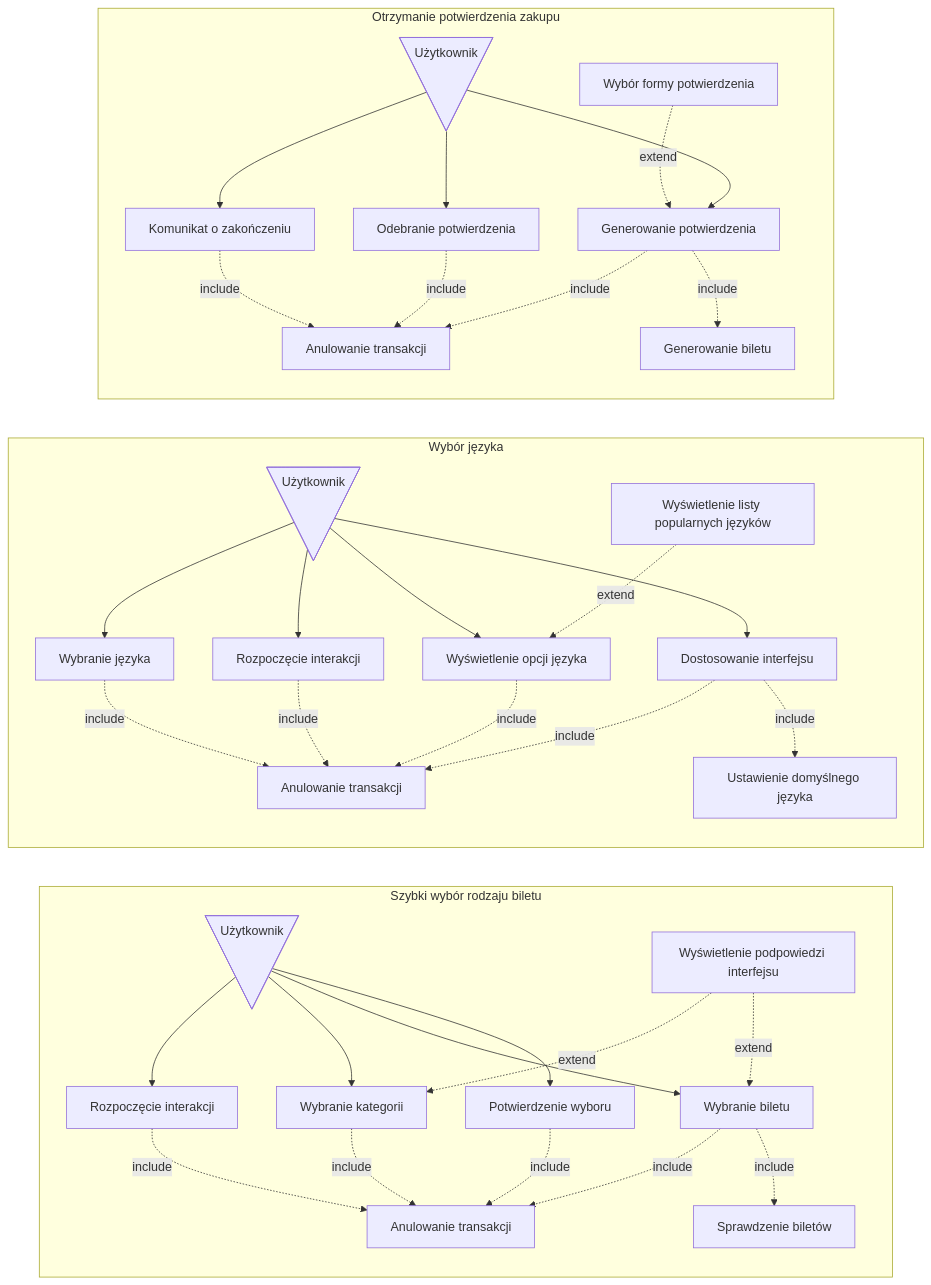
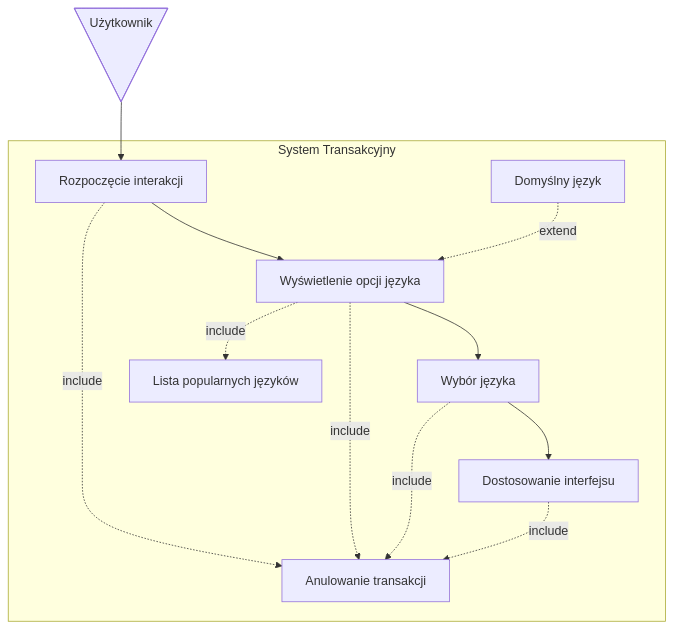
The second of 5 diagrams in userstories/user.md (MarcinMarszewski/dowolna_nazwa), drawn with Mermaid before and after one commit. The commit also changed other lines of this file, not shown here.

````diff
--- a/userstories/user.md
+++ b/userstories/user.md
@@ -14,67 +57,34 @@
 ```mermaid
-flowchart LR
-subgraph "Szybki wybór rodzaju biletu"
-  A@{ shape: manual-file, label: "Użytkownik" }
-  id1[Rozpoczęcie interakcji]
-  id2[Sprawdzenie biletów]
-  id3[Anulowanie transakcji]
-  id4[Wyświetlenie podpowiedzi interfejsu]
-  id11[Wybranie kategorii]
-  id111[Wybranie biletu]
-  id1111[Potwierdzenie wyboru]
+graph TD
+  US@{ shape: manual-file, label: "Użytkownik" }
+  uc1[Rozpoczęcie interakcji]
+  uc2[Wyświetlenie opcji języka]
+  uc3[Wybór języka]
+  uc4[Dostosowanie interfejsu]
+  uc5[Anulowanie transakcji]
+  uc6[Domyślny język]
+  uc7[Lista popularnych języków]
 
-  A --> id1
-  A --> id11
-  A --> id111
-  A --> id1111
-  id1-. include .-> id3
-  id11-. include .-> id3
-  id111-. include .-> id3
-  id1111-. include .-> id3
-  id111-. include .-> id2
-  id4-. extend .-> id11
-  id4-. extend .-> id111
-  
-end
-subgraph "Wybór języka"
-  B@{ shape: manual-file, label: "Użytkownik" }
-  id5[Wybranie języka]
-  id6[Ustawienie domyślnego języka]
-  id7[Anulowanie transakcji]
-  id8[Wyświetlenie listy popularnych języków]
-  id22[Rozpoczęcie interakcji]
-  id222[Wyświetlenie opcji języka]
-  id2222[Dostosowanie interfejsu]
+  US  --> uc1
+  uc1 --> uc2
+  uc2 --> uc3
+  uc3 --> uc4
 
-  B --> id5;
-  B --> id22;
-  B --> id222;
-  B --> id2222;
-  id5-. include .-> id7
-  id22-. include .-> id7
-  id222-. include .-> id7
-  id2222-. include .-> id7
-  id2222-. include .-> id6
-  id8-. extend .-> id222
+  uc1 -. include .-> uc5
+  uc2 -. include .-> uc5
+  uc3 -. include .-> uc5
+  uc4 -. include .-> uc5
+  uc6 -. extend .-> uc2
+  uc2 -. include .-> uc7
+
+subgraph System Transakcyjny
+  uc1
+  uc2
+  uc3
+  uc4
+  uc5
+  uc6
+  uc7
 end
 
-  subgraph "Otrzymanie potwierdzenia zakupu"
-  D@{ shape: manual-file, label: "Użytkownik" }
-  u1[Generowanie potwierdzenia]
-  u2[Odebranie potwierdzenia]
-  u3[Komunikat o zakończeniu]
-  u4[Anulowanie transakcji]
-  u5[Generowanie biletu]
-  u6[Wybór formy potwierdzenia]
-
-  D --> u1
-  D --> u2
-  D --> u3
-  u1-. include .-> u4
-  u2-. include .-> u4
-  u3-. include .-> u4
-  u1-. include .-> u5
-  u6-. extend .-> u1
-
-  end
 ```
````
